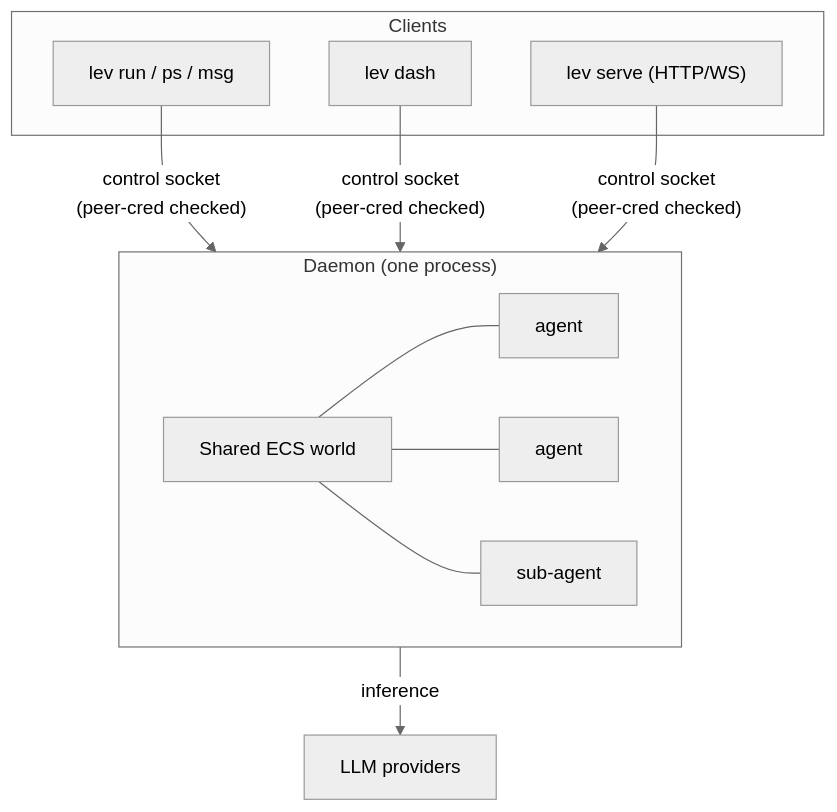
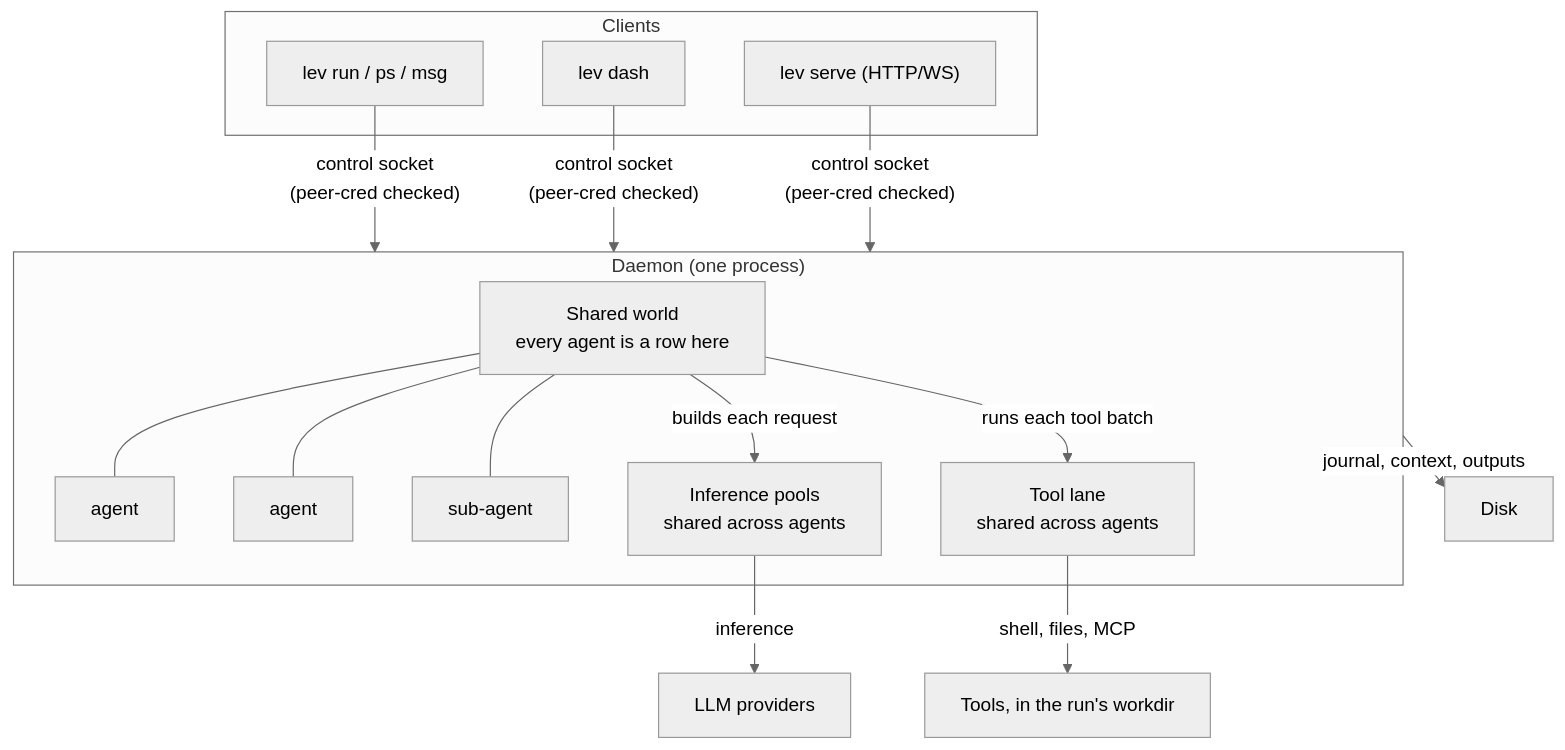
One commit to GEMISIS/leviath changed the first of 2 diagrams in docs/content/daemon.md. Above: the diagram before and after it, drawn with Mermaid (neutral theme). The commit also changed other lines of this file and 12 other files, not shown here.

First line of the commit message:
docs: diagrams that show the shape, and no version archaeology

````diff
--- a/docs/content/daemon.md
+++ b/docs/content/daemon.md
@@ -19,16 +19,22 @@
 ```mermaid
 flowchart TB
   subgraph clients["Clients"]
     RUN["lev run / ps / msg"]
     DASH["lev dash"]
     SERVE["lev serve (HTTP/WS)"]
   end
   RUN & DASH & SERVE -->|"control socket<br/>(peer-cred checked)"| DAEMON
   subgraph DAEMON["Daemon (one process)"]
-    WORLD["Shared ECS world"]
+    WORLD["Shared world<br/>every agent is a row here"]
     WORLD --- A1["agent"]
     WORLD --- A2["agent"]
     WORLD --- A3["sub-agent"]
+    POOLS["Inference pools<br/>shared across agents"]
+    LANE["Tool lane<br/>shared across agents"]
+    WORLD -->|"builds each request"| POOLS
+    WORLD -->|"runs each tool batch"| LANE
   end
-  DAEMON -->|inference| PROV["LLM providers"]
+  POOLS -->|inference| PROV["LLM providers"]
+  LANE -->|"shell, files, MCP"| TOOLS["Tools, in the run's workdir"]
+  DAEMON -->|"journal, context, outputs"| DISK["Disk"]
 ```
````
